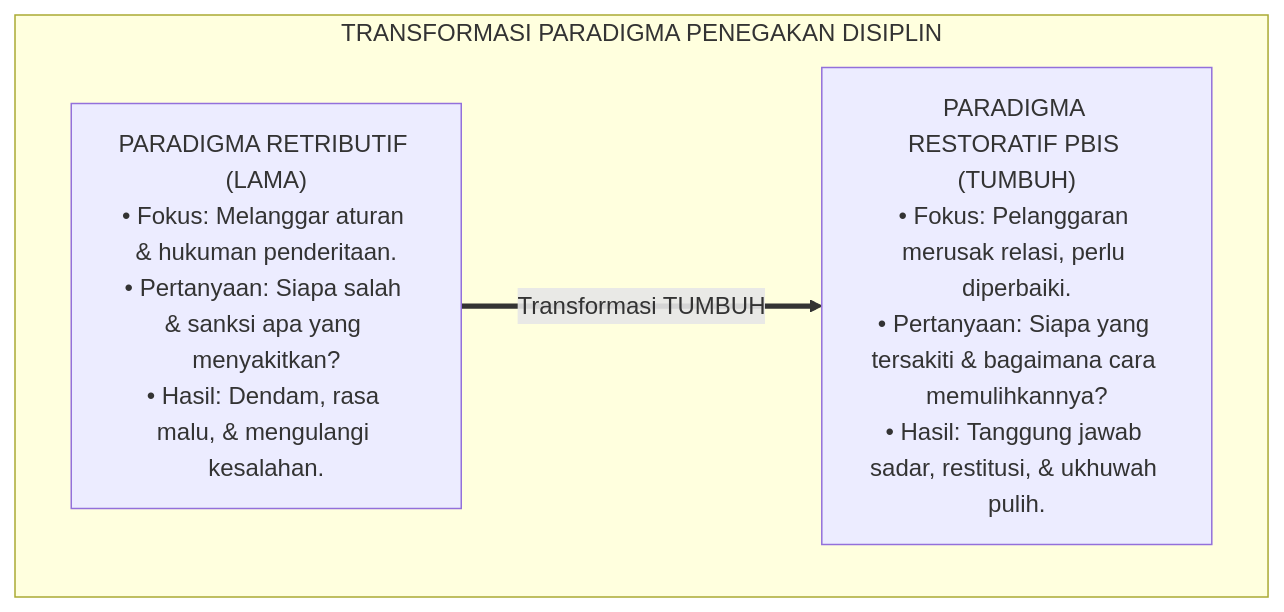
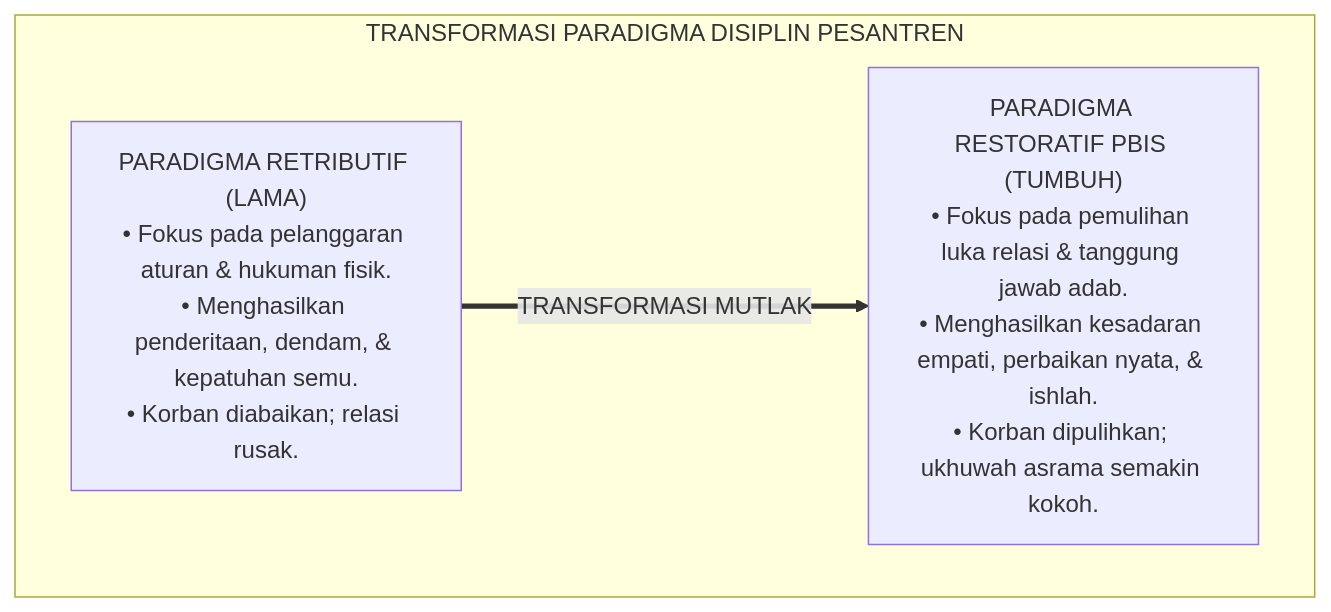
One commit to wandiapriliyandi/tumbuh changed the first of 8 diagrams in 01 Philosophy/04 Education/P1-04-03-Paradigma-Disiplin-Restoratif-dan-PBIS.md. Above: the diagram before and after it, drawn with Mermaid. The commit also changed other lines of this file and 31 other files, not shown here.

````diff
--- a/01 Philosophy/04 Education/P1-04-03-Paradigma-Disiplin-Restoratif-dan-PBIS.md
+++ b/01 Philosophy/04 Education/P1-04-03-Paradigma-Disiplin-Restoratif-dan-PBIS.md
@@ -31,10 +74,10 @@
 ```mermaid
-graph TD
-    subgraph KomparasiDisiplin["TRANSFORMASI PARADIGMA PENEGAKAN DISIPLIN"]
-        Retributif["PARADIGMA RETRIBUTIF (LAMA)<br/>• Fokus: Melanggar aturan & hukuman penderitaan.<br/>• Pertanyaan: Siapa salah & sanksi apa yang menyakitkan?<br/>• Hasil: Dendam, rasa malu, & mengulangi kesalahan."]
+flowchart TD
+    subgraph TransformasiParadigmaDisiplin["TRANSFORMASI PARADIGMA DISIPLIN PESANTREN"]
+        Retributif["PARADIGMA RETRIBUTIF (LAMA)<br/>• Fokus pada pelanggaran aturan & hukuman fisik.<br/>• Menghasilkan penderitaan, dendam, & kepatuhan semu.<br/>• Korban diabaikan; relasi rusak."]
         
-        Restoratif["PARADIGMA RESTORATIF PBIS (TUMBUH)<br/>• Fokus: Pelanggaran merusak relasi, perlu diperbaiki.<br/>• Pertanyaan: Siapa yang tersakiti & bagaimana cara memulihkannya?<br/>• Hasil: Tanggung jawab sadar, restitusi, & ukhuwah pulih."]
+        Restoratif["PARADIGMA RESTORATIF PBIS (TUMBUH)<br/>• Fokus pada pemulihan luka relasi & tanggung jawab adab.<br/>• Menghasilkan kesadaran empati, perbaikan nyata, & ishlah.<br/>• Korban dipulihkan; ukhuwah asrama semakin kokoh."]
         
-        Retributif ==>|Transformasi TUMBUH| Restoratif
+        Retributif ==>|TRANSFORMASI MUTLAK| Restoratif
     end
 ```
````
